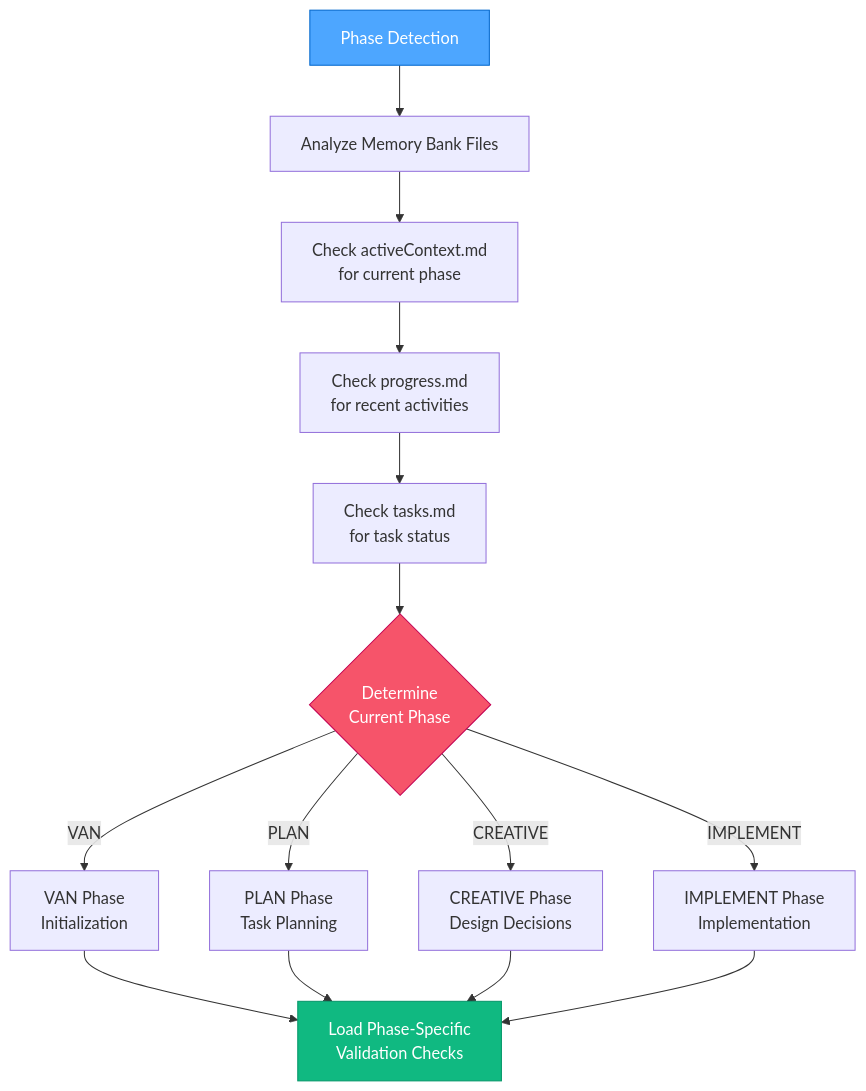
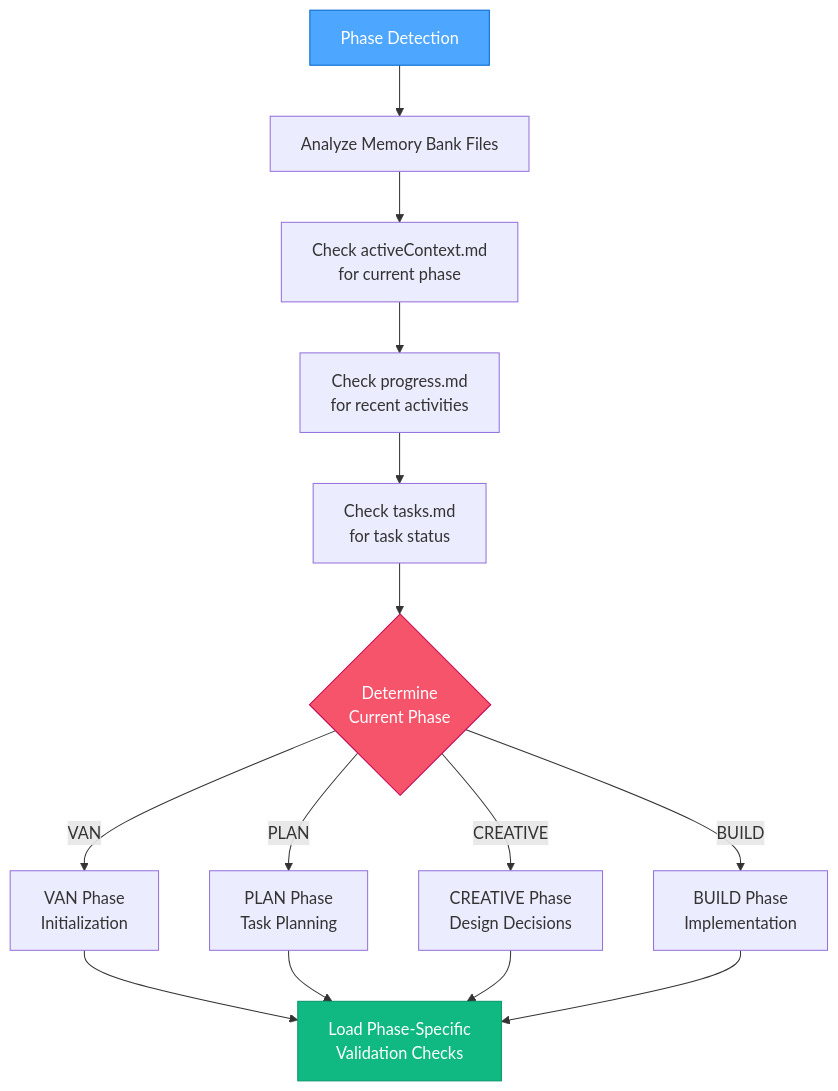
One commit to aleasweb/cityQuest changed the second of 10 diagrams in .cursor/rules/isolation_rules/visual-maps/qa-mode-map.mdc. Above: the diagram before and after it, drawn with Mermaid. The commit also changed other lines of this file and 26 other files, not shown here.

````diff
--- a/.cursor/rules/isolation_rules/visual-maps/qa-mode-map.mdc
+++ b/.cursor/rules/isolation_rules/visual-maps/qa-mode-map.mdc
@@ -65,19 +65,19 @@
 ```mermaid
 graph TD
     PD["Phase Detection"] --> CheckMB["Analyze Memory Bank Files"]
     CheckMB --> CheckActive["Check activeContext.md<br>for current phase"]
     CheckActive --> CheckProgress["Check progress.md<br>for recent activities"]
     CheckProgress --> CheckTasks["Check tasks.md<br>for task status"]
     
     CheckTasks --> PhaseResult{"Determine<br>Current Phase"}
     PhaseResult -->|"VAN"| VAN["VAN Phase<br>Initialization"]
     PhaseResult -->|"PLAN"| PLAN["PLAN Phase<br>Task Planning"]
     PhaseResult -->|"CREATIVE"| CREATIVE["CREATIVE Phase<br>Design Decisions"]
-    PhaseResult -->|"IMPLEMENT"| IMPLEMENT["IMPLEMENT Phase<br>Implementation"]
+    PhaseResult -->|"BUILD"| BUILD["BUILD Phase<br>Implementation"]
     
-    VAN & PLAN & CREATIVE & IMPLEMENT --> LoadChecks["Load Phase-Specific<br>Validation Checks"]
+    VAN & PLAN & CREATIVE & BUILD --> LoadChecks["Load Phase-Specific<br>Validation Checks"]
     
     style PD fill:#4da6ff,stroke:#0066cc,color:white
     style PhaseResult fill:#f6546a,stroke:#c30052,color:white
     style LoadChecks fill:#10b981,stroke:#059669,color:white
 ```
````
